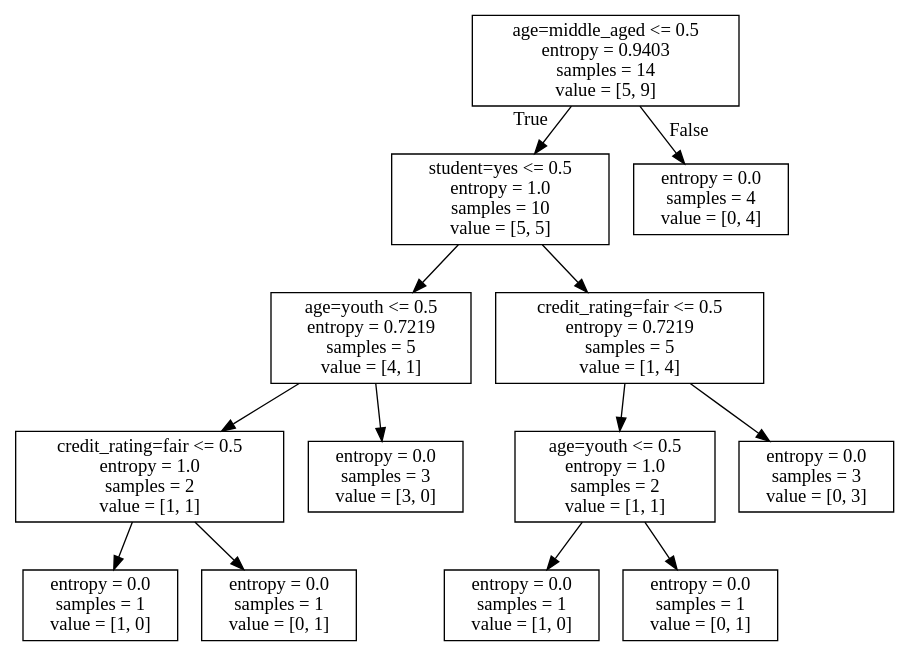
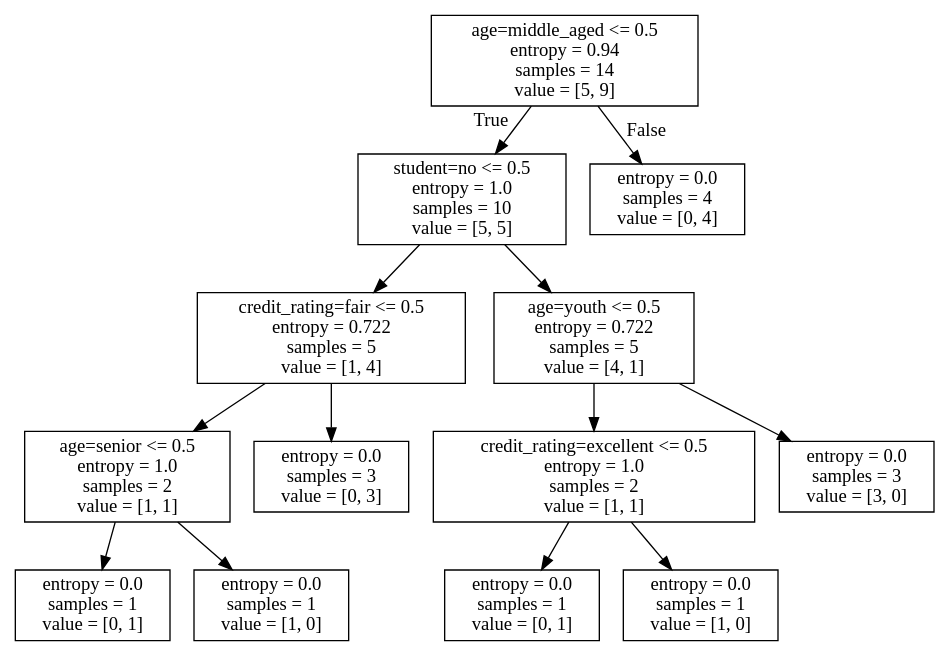
One commit to einsterm/machinelearning_demo changed the diagram in allElectronicInformationGainOri.dot. Above: the diagram before and after it, drawn with Graphviz.

Commit message:
高斯

```diff
--- a/allElectronicInformationGainOri.dot
+++ b/allElectronicInformationGainOri.dot
@@ -1,28 +1,28 @@
 digraph Tree {
 node [shape=box] ;
-0 [label="age=middle_aged <= 0.5\nentropy = 0.9403\nsamples = 14\nvalue = [5, 9]"] ;
-1 [label="student=yes <= 0.5\nentropy = 1.0\nsamples = 10\nvalue = [5, 5]"] ;
+0 [label="age=middle_aged <= 0.5\nentropy = 0.94\nsamples = 14\nvalue = [5, 9]"] ;
+1 [label="student=no <= 0.5\nentropy = 1.0\nsamples = 10\nvalue = [5, 5]"] ;
 0 -> 1 [labeldistance=2.5, labelangle=45, headlabel="True"] ;
-2 [label="age=youth <= 0.5\nentropy = 0.7219\nsamples = 5\nvalue = [4, 1]"] ;
+2 [label="credit_rating=fair <= 0.5\nentropy = 0.722\nsamples = 5\nvalue = [1, 4]"] ;
 1 -> 2 ;
-3 [label="credit_rating=fair <= 0.5\nentropy = 1.0\nsamples = 2\nvalue = [1, 1]"] ;
+3 [label="age=senior <= 0.5\nentropy = 1.0\nsamples = 2\nvalue = [1, 1]"] ;
 2 -> 3 ;
-4 [label="entropy = 0.0\nsamples = 1\nvalue = [1, 0]"] ;
+4 [label="entropy = 0.0\nsamples = 1\nvalue = [0, 1]"] ;
 3 -> 4 ;
-5 [label="entropy = 0.0\nsamples = 1\nvalue = [0, 1]"] ;
+5 [label="entropy = 0.0\nsamples = 1\nvalue = [1, 0]"] ;
 3 -> 5 ;
-6 [label="entropy = 0.0\nsamples = 3\nvalue = [3, 0]"] ;
+6 [label="entropy = 0.0\nsamples = 3\nvalue = [0, 3]"] ;
 2 -> 6 ;
-7 [label="credit_rating=fair <= 0.5\nentropy = 0.7219\nsamples = 5\nvalue = [1, 4]"] ;
+7 [label="age=youth <= 0.5\nentropy = 0.722\nsamples = 5\nvalue = [4, 1]"] ;
 1 -> 7 ;
-8 [label="age=youth <= 0.5\nentropy = 1.0\nsamples = 2\nvalue = [1, 1]"] ;
+8 [label="credit_rating=excellent <= 0.5\nentropy = 1.0\nsamples = 2\nvalue = [1, 1]"] ;
 7 -> 8 ;
-9 [label="entropy = 0.0\nsamples = 1\nvalue = [1, 0]"] ;
+9 [label="entropy = 0.0\nsamples = 1\nvalue = [0, 1]"] ;
 8 -> 9 ;
-10 [label="entropy = 0.0\nsamples = 1\nvalue = [0, 1]"] ;
+10 [label="entropy = 0.0\nsamples = 1\nvalue = [1, 0]"] ;
 8 -> 10 ;
-11 [label="entropy = 0.0\nsamples = 3\nvalue = [0, 3]"] ;
+11 [label="entropy = 0.0\nsamples = 3\nvalue = [3, 0]"] ;
 7 -> 11 ;
 12 [label="entropy = 0.0\nsamples = 4\nvalue = [0, 4]"] ;
 0 -> 12 [labeldistance=2.5, labelangle=-45, headlabel="False"] ;
 }
```
